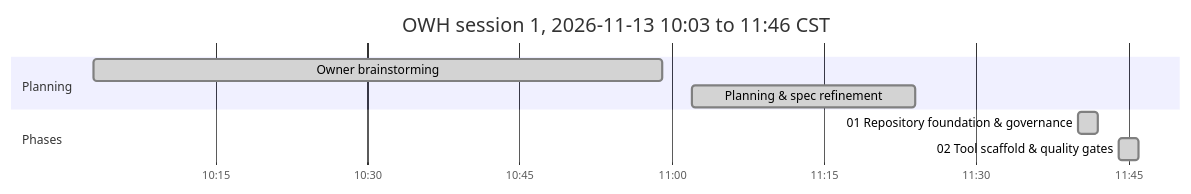
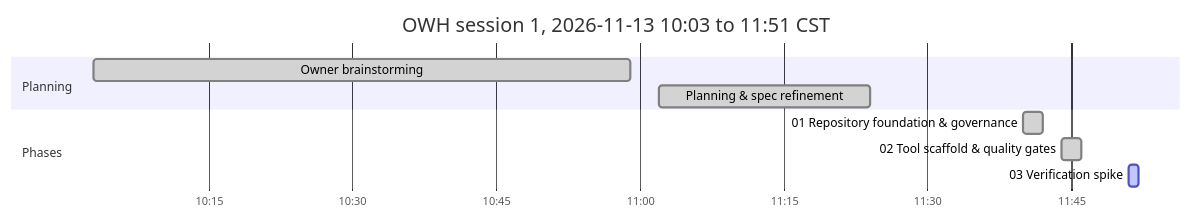
One commit to antonizick/OpenWebUI changed the diagram in OWH_IMPLEMENTATION_PLAN.md. Above: the diagram before and after it, drawn with Mermaid. The commit also changed other lines of this file and 1 other file, not shown here.

Commit message:
docs(plan): refresh timeline

````diff
--- a/OWH_IMPLEMENTATION_PLAN.md
+++ b/OWH_IMPLEMENTATION_PLAN.md
@@ -48,12 +48,13 @@
 ```mermaid
 gantt
-    title OWH session 1, 2026-11-13 10:03 to 11:46 CST
+    title OWH session 1, 2026-11-13 10:03 to 11:51 CST
     dateFormat YYYY-MM-DD HH:mm
     axisFormat %H:%M
     section Planning
     Owner brainstorming :done, plan1, 2026-11-13 10:03, 2026-11-13 10:59
     Planning & spec refinement :done, p00, 2026-11-13 11:02, 2026-11-13 11:24
     section Phases
     01 Repository foundation & governance :done, p01s1, 2026-11-13 11:40, 2026-11-13 11:42
     02 Tool scaffold & quality gates :done, p02s1, 2026-11-13 11:44, 2026-11-13 11:46
+    03 Verification spike :active, p03s1, 2026-11-13 11:51, 2026-11-13 11:52
 ```
````
